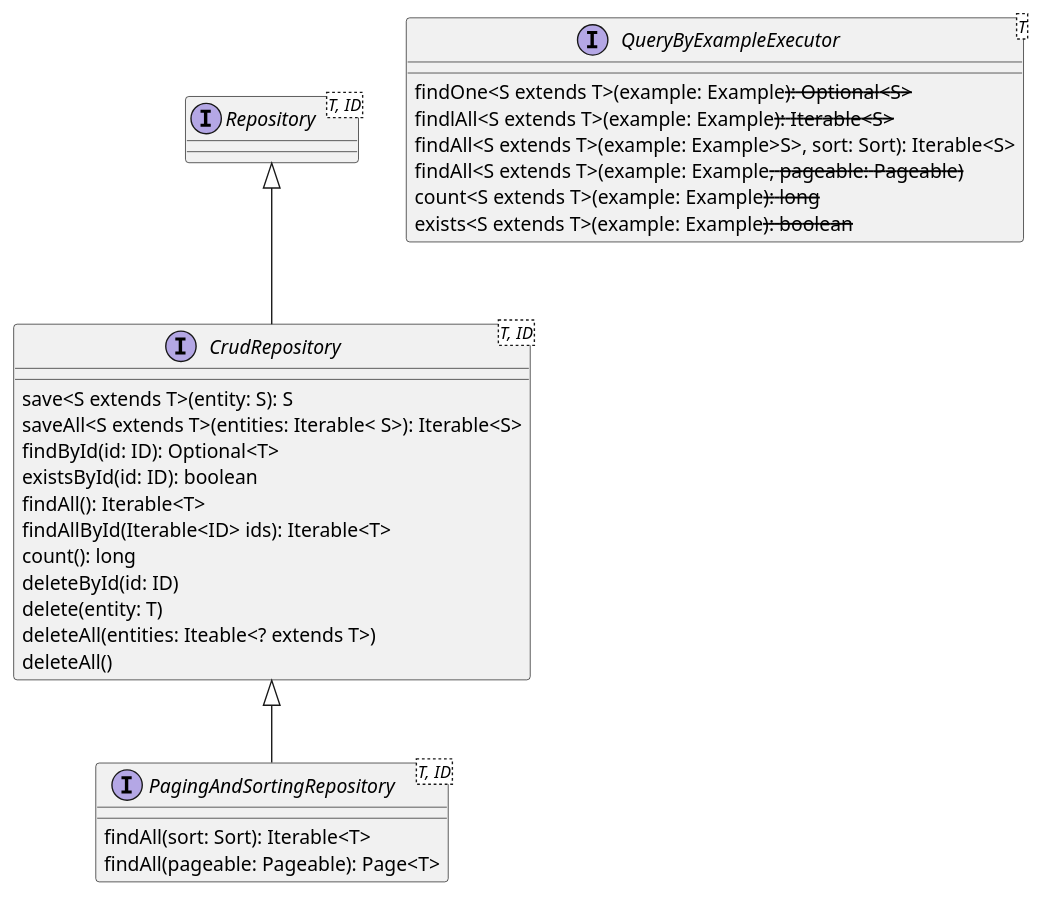
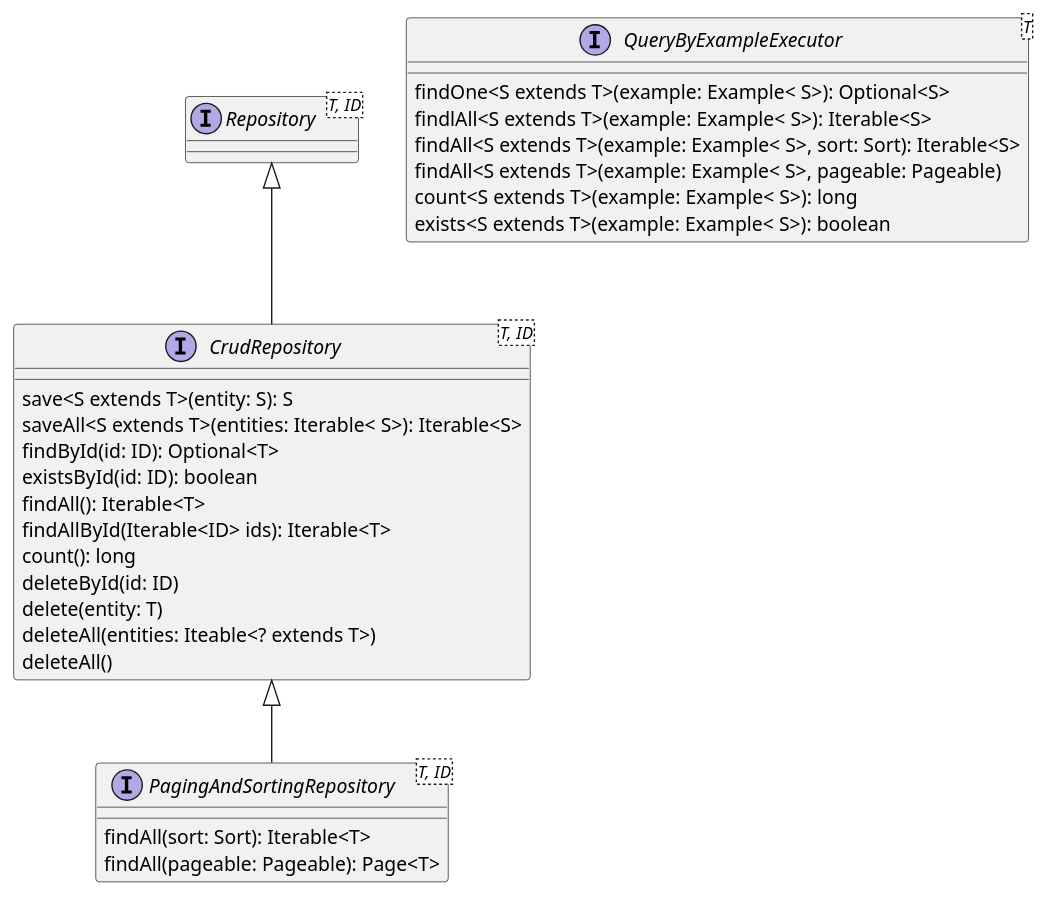
Before and after one commit to rscai/microservices-doc: the fourth of 12 diagrams in src/docs/asciidoc/zh_TR/03-Catalog-Service.adoc, drawn with PlantUML. The commit also changed other lines of this file, not shown here.

```diff
--- a/src/docs/asciidoc/zh_TR/03-Catalog-Service.adoc
+++ b/src/docs/asciidoc/zh_TR/03-Catalog-Service.adoc
@@ -604,33 +609,33 @@
 [plantuml, repository-interface, png]
 ....
 @startuml
 interface Repository<T, ID>
 interface CrudRepository<T, ID> {
     save<S extends T>(entity: S): S
     saveAll<S extends T>(entities: Iterable< S>): Iterable<S>
     findById(id: ID): Optional<T>
     existsById(id: ID): boolean
     findAll(): Iterable<T>
     findAllById(Iterable<ID> ids): Iterable<T>
     count(): long
     deleteById(id: ID)
     delete(entity: T)
     deleteAll(entities: Iteable<? extends T>)
     deleteAll()
 }
 interface PagingAndSortingRepository<T, ID> {
     findAll(sort: Sort): Iterable<T>
     findAll(pageable: Pageable): Page<T>
 }
 interface QueryByExampleExecutor<T> {
-    findOne<S extends T>(example: Example<S>): Optional<S>
-    findlAll<S extends T>(example: Example<S>): Iterable<S>
-    findAll<S extends T>(example: Example>S>, sort: Sort): Iterable<S>
-    findAll<S extends T>(example: Example<S>, pageable: Pageable)
-    count<S extends T>(example: Example<S>): long
-    exists<S extends T>(example: Example<S>): boolean
+    findOne<S extends T>(example: Example< S>): Optional<S>
+    findlAll<S extends T>(example: Example< S>): Iterable<S>
+    findAll<S extends T>(example: Example< S>, sort: Sort): Iterable<S>
+    findAll<S extends T>(example: Example< S>, pageable: Pageable)
+    count<S extends T>(example: Example< S>): long
+    exists<S extends T>(example: Example< S>): boolean
 }
 Repository <|-- CrudRepository
 CrudRepository <|-- PagingAndSortingRepository
 @enduml
 ....
```
